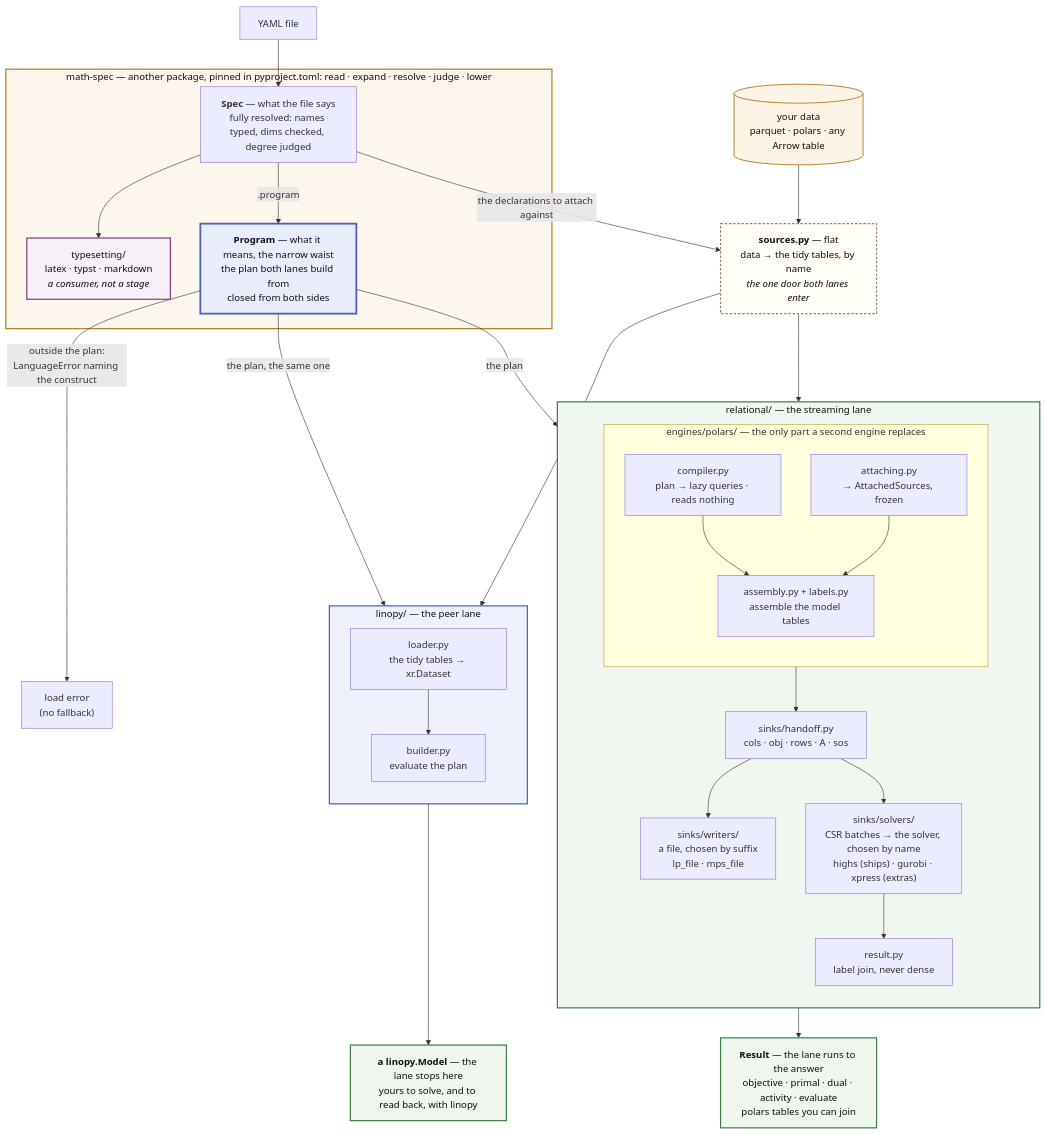
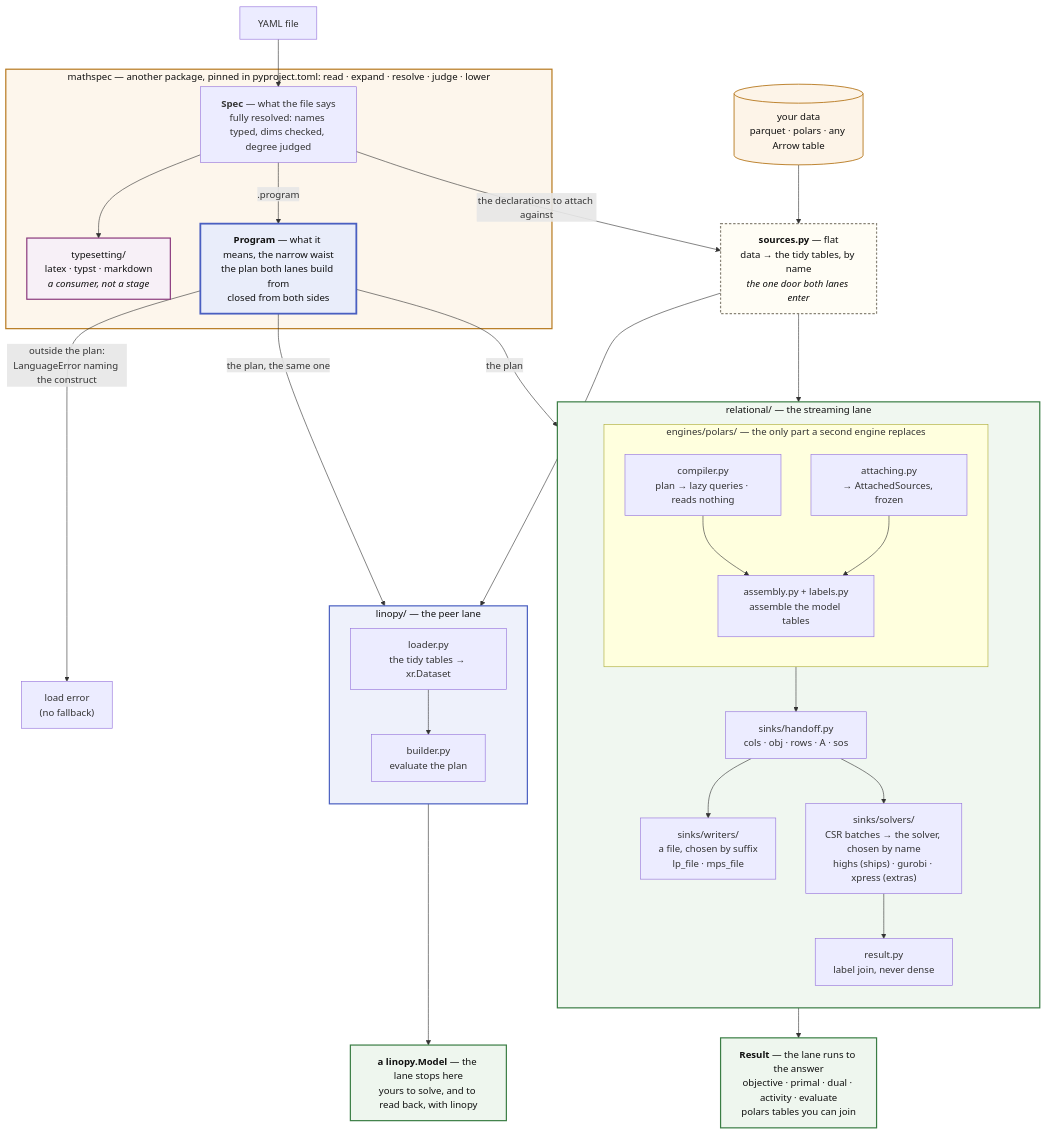
The first of 2 diagrams in docs/about/architecture.md (fluxopt/lpspec), drawn with Mermaid before and after one commit. The commit also changed other lines of this file and 132 other files, not shown here.

````diff
--- a/docs/about/architecture.md
+++ b/docs/about/architecture.md
@@ -59,59 +59,59 @@
 ```mermaid
 flowchart TB
     Y[YAML file] --> SPEC
     DATA[("your data<br/>parquet · polars · any Arrow table")] --> SRC
 
-    subgraph MS["math-spec — another package, pinned in pyproject.toml: read · expand · resolve · judge · lower"]
+    subgraph MS["mathspec — another package, pinned in pyproject.toml: read · expand · resolve · judge · lower"]
         SPEC["<b>Spec</b> — what the file says<br/>fully resolved: names typed, dims checked, degree judged"]
         SPEC --> TS["typesetting/<br/>latex · typst · markdown<br/><i>a consumer, not a stage</i>"]
         SPEC -->|".program"| PLAN["<b>Program</b> — what it means, the narrow waist<br/>the plan both lanes build from<br/>closed from both sides"]
     end
 
     SPEC -->|"the declarations to attach against"| SRC
     SRC["<b>sources.py</b> — flat<br/>data → the tidy tables, by name<br/><i>the one door both lanes enter</i>"]
 
     PLAN -->|"outside the plan:<br/>LanguageError naming the construct"| ERR["load error<br/>(no fallback)"]
     PLAN -->|"the plan"| COMP
     SRC --> ATTACH
     PLAN -->|"the plan, the same one"| BUILD
     SRC --> LOAD
 
     subgraph REL["relational/ — the streaming lane"]
         direction TB
         subgraph ENG["engines/polars/ — the only part a second engine replaces"]
             direction TB
             COMP["compiler.py<br/>plan → lazy queries · reads nothing"] --> ENGINE
             ATTACH["attaching.py<br/>→ AttachedSources, frozen"] --> ENGINE["assembly.py + labels.py<br/>assemble the model tables"]
         end
         ENG --> TABLES["sinks/handoff.py<br/>cols · obj · rows · A · sos"]
         TABLES --> LPS["sinks/writers/<br/>a file, chosen by suffix<br/>lp_file · mps_file"]
         TABLES --> DIRECT["sinks/solvers/<br/>CSR batches → the solver, chosen by name<br/>highs (ships) · gurobi · xpress (extras)"]
         DIRECT --> SOL["result.py<br/>label join, never dense"]
     end
 
     SOL --> ANS["<b>Result</b> — the lane runs to the answer<br/>objective · primal · dual · activity · evaluate<br/>polars tables you can join"]
 
     subgraph LIN["linopy/ — the peer lane"]
         direction TB
         LOAD["loader.py<br/>the tidy tables → xr.Dataset"] --> BUILD["builder.py<br/>evaluate the plan"]
     end
 
     BUILD --> MODEL["<b>a linopy.Model</b> — the lane stops here<br/>yours to solve, and to read back, with linopy"]
 
     classDef laneL fill:#fdf6ec,stroke:#b7791f,stroke-width:2px,color:#111
     classDef laneR fill:#f0f7f0,stroke:#3a7d44,stroke-width:2px,color:#111
     classDef laneE fill:#eef1fb,stroke:#4a5fc1,stroke-width:2px,color:#111
     classDef laneT fill:#f7f0f7,stroke:#8b3a7d,stroke-width:2px,color:#111
     classDef waist fill:#e9edfa,stroke:#4a5fc1,stroke-width:3px,color:#111
     classDef flat fill:#fffdf5,stroke:#8a8578,stroke-width:2px,stroke-dasharray:4 3,color:#111
     classDef data fill:#fdf4e8,stroke:#b7791f,stroke-width:1.5px,color:#111
     classDef out fill:#eef6ee,stroke:#3a7d44,stroke-width:2px,color:#111
     class MS laneL
     class REL laneR
     class LIN laneE
     class TS laneT
     class PLAN waist
     class SRC flat
     class DATA data
     class ANS,MODEL out
 ```
````
